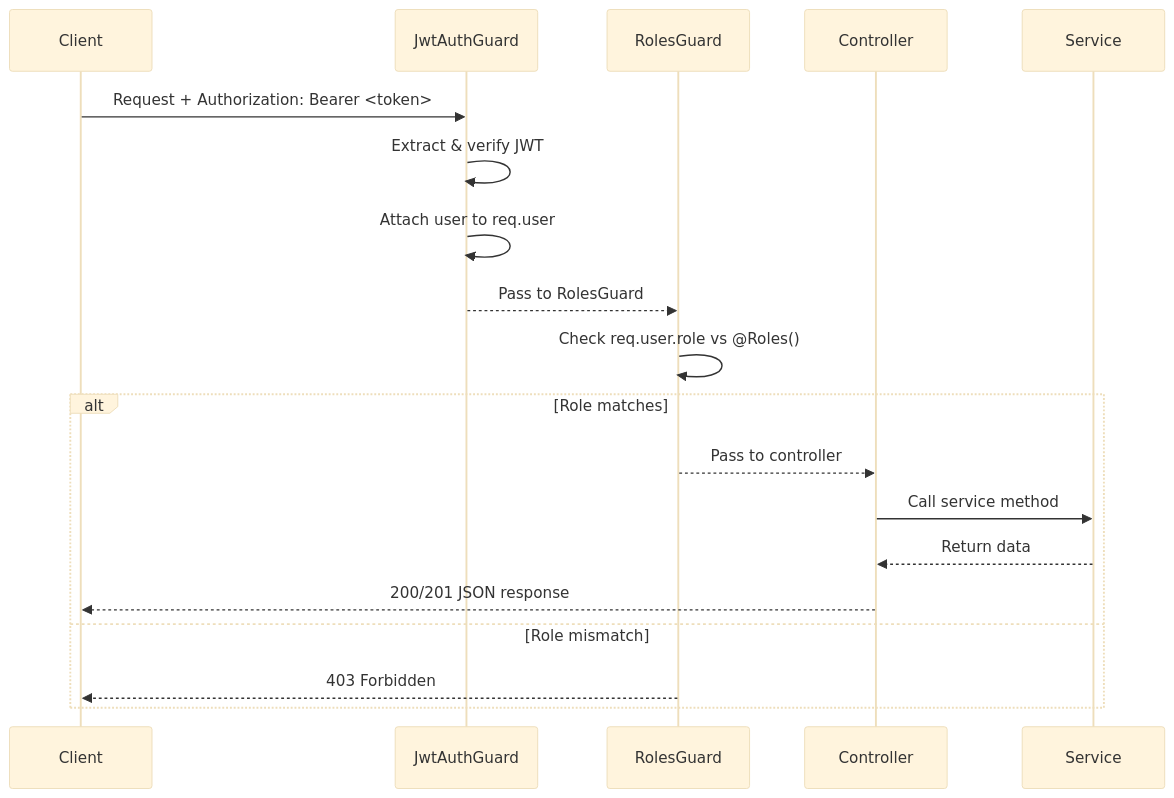
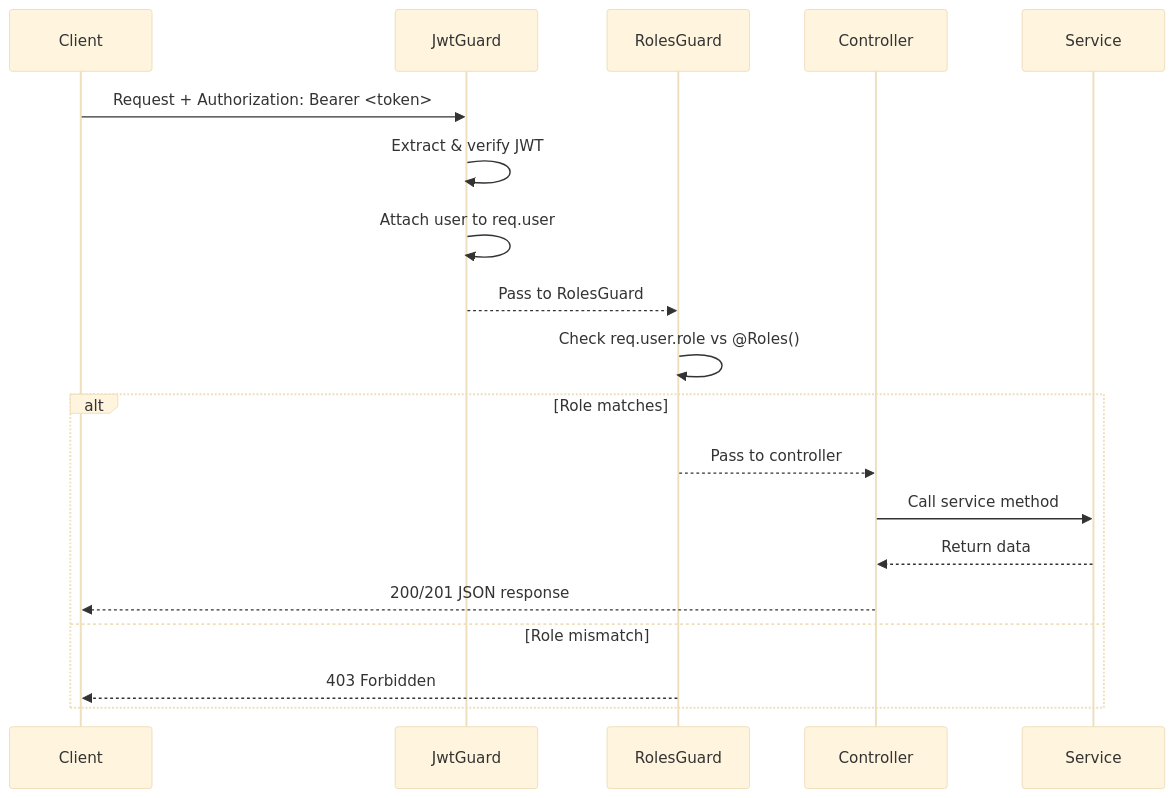
One commit to arafathossenapon/ChaBondhu changed the fourth of 5 diagrams in docs/architecture.md. Above: the diagram before and after it, drawn with Mermaid (base theme). The commit also changed other lines of this file and 1 other file, not shown here.

````diff
--- a/docs/architecture.md
+++ b/docs/architecture.md
@@ -317,22 +317,22 @@
 ```mermaid
 sequenceDiagram
     participant C as Client
-    participant G as JwtAuthGuard
+    participant G as JwtGuard
     participant RG as RolesGuard
     participant Ctrl as Controller
     participant Svc as Service
 
     C->>G: Request + Authorization: Bearer <token>
     G->>G: Extract & verify JWT
     G->>G: Attach user to req.user
     G-->>RG: Pass to RolesGuard
     RG->>RG: Check req.user.role vs @Roles()
     alt Role matches
         RG-->>Ctrl: Pass to controller
         Ctrl->>Svc: Call service method
         Svc-->>Ctrl: Return data
         Ctrl-->>C: 200/201 JSON response
     else Role mismatch
         RG-->>C: 403 Forbidden
     end
 ```
````
